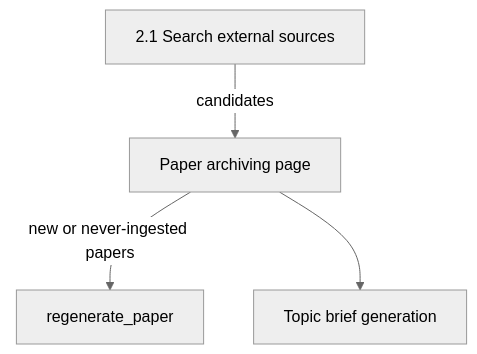
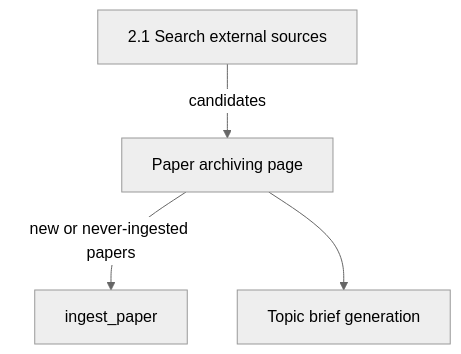
One commit to GustavoRusso/paper-reviewer changed the diagram in docs/specs/2.2.1-paper-archiving.md. Above: the diagram before and after it, drawn with Mermaid (neutral theme). The commit also changed other lines of this file and 24 other files, not shown here.

Commit message:
docs and code changed to rename the "regenerate_paper" Prefect flow to "ingest_paper"

````diff
--- a/docs/specs/2.2.1-paper-archiving.md
+++ b/docs/specs/2.2.1-paper-archiving.md
@@ -51,10 +51,10 @@
 ```mermaid
 flowchart TB
   search[2.1 Search external sources]
   archive[Paper archiving page]
-  regen[regenerate_paper]
+  ingest[ingest_paper]
   topic[Topic brief generation]
   search -->|"candidates"| archive
-  archive -->|"new or never-ingested papers"| regen
+  archive -->|"new or never-ingested papers"| ingest
   archive --> topic
 ```
````
